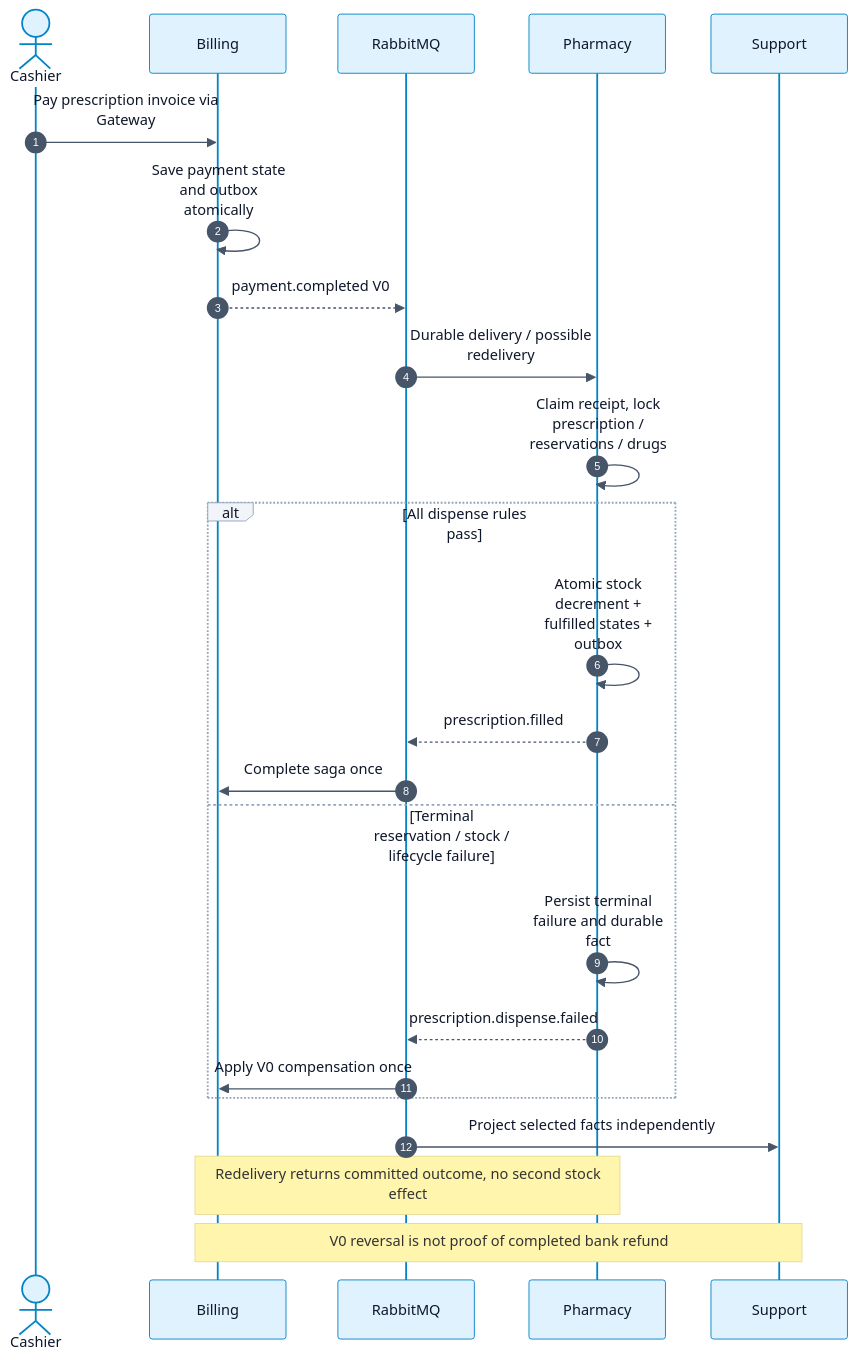
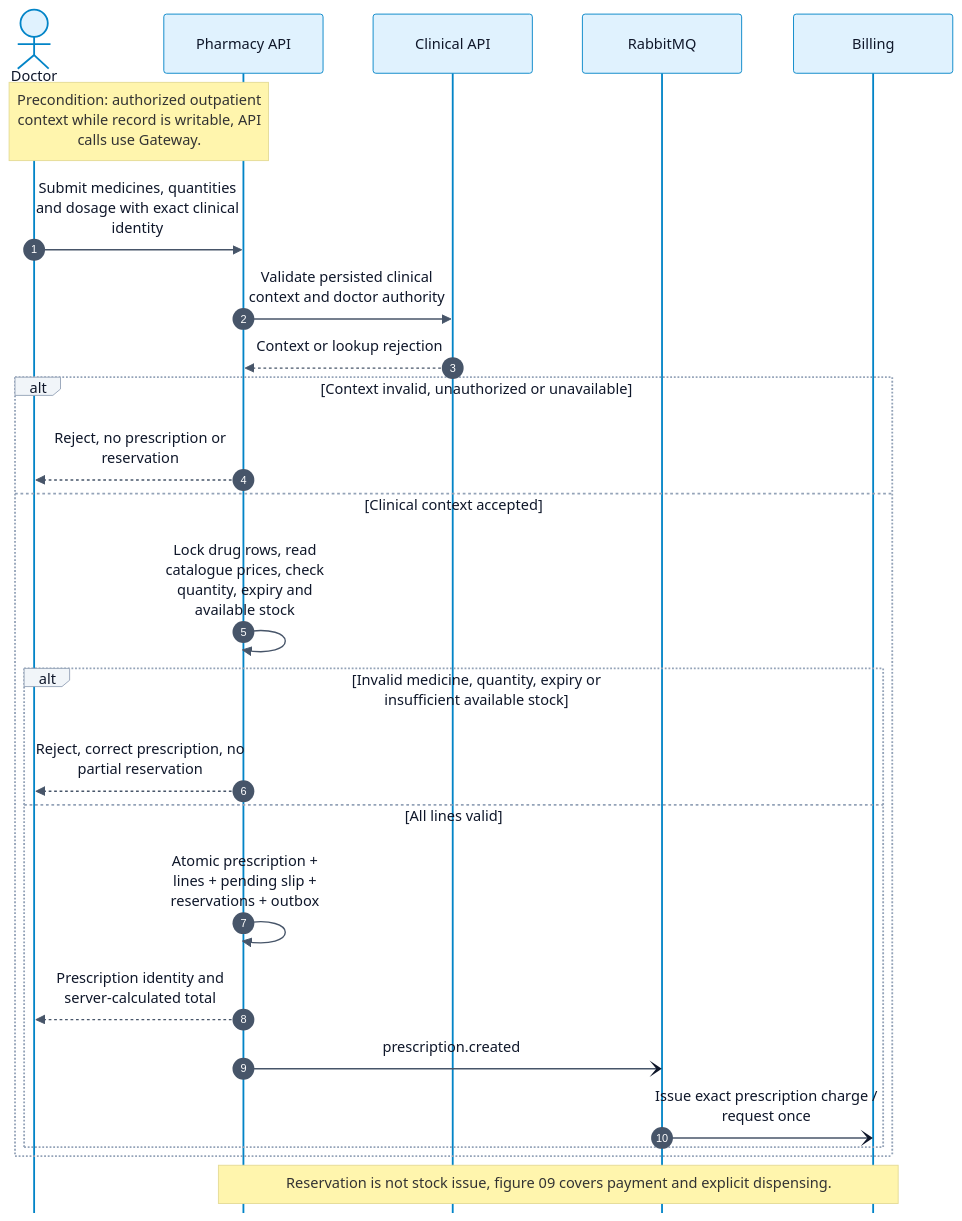
Diagram 18 of 41 in docs/monitor_proj_progress/02-giai-doan-2-thiet-ke-giao-dien-tieu-chuan/review-2/01-review-2-standard-en.md (Dangvinh77/MediFlow), drawn with Mermaid before and after one commit. The commit also changed other lines of this file and 896 other files, not shown here.

Commit message:
docs(review2): align diagrams with supervisor feedback

````diff
--- a/docs/monitor_proj_progress/02-giai-doan-2-thiet-ke-giao-dien-tieu-chuan/review-2/01-review-2-standard-en.md
+++ b/docs/monitor_proj_progress/02-giai-doan-2-thiet-ke-giao-dien-tieu-chuan/review-2/01-review-2-standard-en.md
@@ -923,27 +923,28 @@
 ```mermaid
-%%{init: {"theme": "base", "securityLevel": "loose", "fontFamily": "Arial, sans-serif", "themeVariables": {"primaryColor": "#e0f2fe", "primaryTextColor": "#0f172a", "primaryBorderColor": "#0284c7", "lineColor": "#475569", "secondaryColor": "#ccfbf1", "tertiaryColor": "#f1f5f9", "background": "#ffffff", "mainBkg": "#e0f2fe", "nodeBorder": "#0284c7", "clusterBkg": "#f8fafc", "clusterBorder": "#94a3b8", "actorBkg": "#e0f2fe", "actorBorder": "#0284c7", "actorTextColor": "#0f172a", "signalColor": "#475569", "signalTextColor": "#0f172a", "labelBoxBkgColor": "#f1f5f9", "labelBoxBorderColor": "#94a3b8", "activationBkgColor": "#ccfbf1", "activationBorderColor": "#0f766e", "sequenceNumberColor": "#ffffff", "attributeBackgroundColorOdd": "#ffffff", "attributeBackgroundColorEven": "#f0f9ff"}, "flowchart": {"htmlLabels": true, "curve": "basis", "nodeSpacing": 30, "rankSpacing": 50}, "sequence": {"useMaxWidth": true, "wrap": true}, "er": {"useMaxWidth": true}}}%%
+%%{init: {"theme": "base", "securityLevel": "loose", "fontFamily": "Arial, sans-serif", "themeVariables": {"primaryColor": "#e0f2fe", "primaryTextColor": "#0f172a", "primaryBorderColor": "#0284c7", "lineColor": "#475569", "secondaryColor": "#ccfbf1", "tertiaryColor": "#f1f5f9", "background": "#ffffff", "mainBkg": "#e0f2fe", "nodeBorder": "#0284c7", "clusterBkg": "#f8fafc", "clusterBorder": "#94a3b8", "actorBkg": "#e0f2fe", "actorBorder": "#0284c7", "actorTextColor": "#0f172a", "signalColor": "#475569", "signalTextColor": "#0f172a", "labelBoxBkgColor": "#f1f5f9", "labelBoxBorderColor": "#94a3b8", "activationBkgColor": "#ccfbf1", "activationBorderColor": "#0f766e", "sequenceNumberColor": "#ffffff", "attributeBackgroundColorOdd": "#ffffff", "attributeBackgroundColorEven": "#f0f9ff"}, "flowchart": {"htmlLabels": true, "curve": "linear", "nodeSpacing": 40, "rankSpacing": 46, "subGraphTitleMargin": {"top": 12, "bottom": 45}}, "sequence": {"useMaxWidth": true, "wrap": true, "actorMargin": 55, "width": 175, "messageMargin": 30, "mirrorActors": false}, "er": {"useMaxWidth": true}, "maxTextSize": 2000000, "class": {"nodeSpacing": 30, "rankSpacing": 55}}}%%
 sequenceDiagram
  autonumber
- actor Cashier
+ actor Doctor as Doctor
+ participant P as Pharmacy API
+ participant C as Clinical API
+ participant Q as RabbitMQ
  participant B as Billing
- participant Q as RabbitMQ
- participant P as Pharmacy
- participant S as Support
- Cashier->>B: Pay prescription invoice via Gateway
- B->>B: Save payment state and outbox atomically
- B-->>Q: payment.completed V0
- Q->>P: Durable delivery / possible redelivery
- P->>P: Claim receipt, lock prescription / reservations / drugs
- alt All dispense rules pass
- P->>P: Atomic stock decrement + fulfilled states + outbox
- P-->>Q: prescription.filled
- Q->>B: Complete saga once
- else Terminal reservation / stock / lifecycle failure
- P->>P: Persist terminal failure and durable fact
- P-->>Q: prescription.dispense.failed
- Q->>B: Apply V0 compensation once
+ Note over Doctor,P: Precondition: authorized outpatient context while record is writable, API calls use Gateway.
+ Doctor->>P: Submit medicines, quantities and dosage with exact clinical identity
+ P->>C: Validate persisted clinical context and doctor authority
+ C-->>P: Context or lookup rejection
+ alt Context invalid, unauthorized or unavailable
+  P-->>Doctor: Reject, no prescription or reservation
+ else Clinical context accepted
+  P->>P: Lock drug rows, read catalogue prices, check quantity, expiry and available stock
+  alt Invalid medicine, quantity, expiry or insufficient available stock
+   P-->>Doctor: Reject, correct prescription, no partial reservation
+  else All lines valid
+   P->>P: Atomic prescription + lines + pending slip + reservations + outbox
+   P-->>Doctor: Prescription identity and server-calculated total
+   P-)Q: prescription.created
+   Q-)B: Issue exact prescription charge / request once
+  end
  end
- Q->>S: Project selected facts independently
- Note over B,P: Redelivery returns committed outcome, no second stock effect
- Note over B,S: V0 reversal is not proof of completed bank refund
+ Note over P,B: Reservation is not stock issue, figure 09 covers payment and explicit dispensing.
 ```
````
